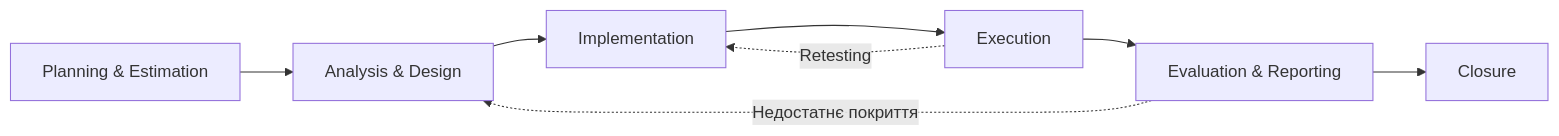
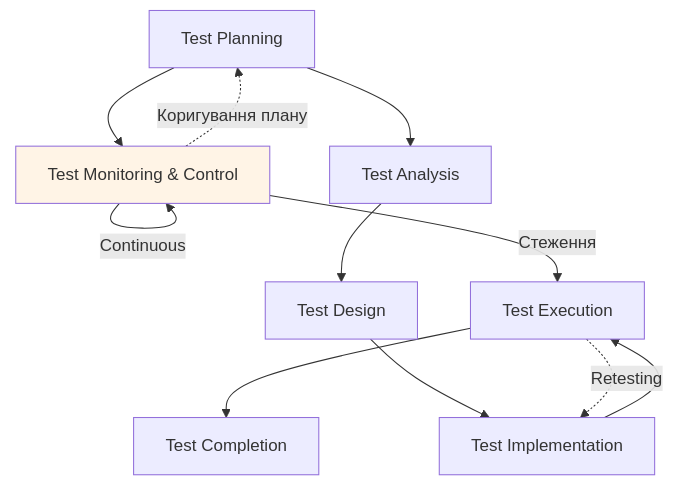
Before and after one commit to STT-VITI-22/stt-handbook: the first of 2 diagrams in dist/Частина 1/Вступ на фундаментальні основи/Глава 3/Процеси та цикли тестування.md, drawn with Mermaid. The commit also changed other lines of this file, not shown here.

````diff
--- a/dist/Частина 1/Вступ на фундаментальні основи/Глава 3/Процеси та цикли тестування.md
+++ b/dist/Частина 1/Вступ на фундаментальні основи/Глава 3/Процеси та цикли тестування.md
@@ -183,10 +214,14 @@
 ```mermaid
-graph LR
-    A[Planning & Estimation] --> B[Analysis & Design]
-    B --> C[Implementation]
-    C --> D[Execution]
-    D --> E[Evaluation & Reporting]
-    E --> F[Closure]
-    D -.Retesting.-> C
-    E -.Недостатнє покриття.-> B
+graph TD
+    A[Test Planning] --> B[Test Monitoring & Control]
+    A --> C[Test Analysis]
+    B -->|Continuous| B
+    C --> D[Test Design]
+    D --> E[Test Implementation]
+    E --> F[Test Execution]
+    B -->|Стеження| F
+    F --> G[Test Completion]
+    F -.Retesting.-> E
+    B -.Коригування плану.-> A
+    style B fill:#fff4e6
 ```
````
